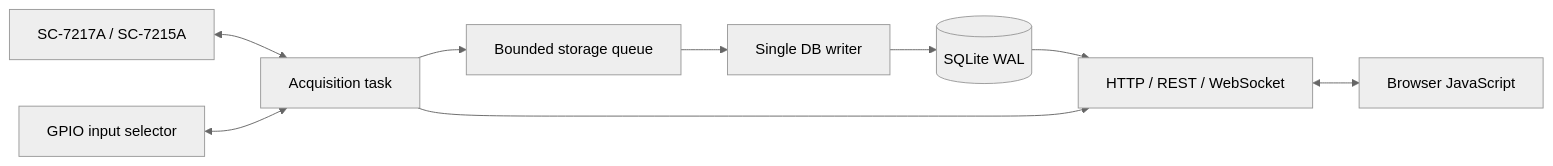
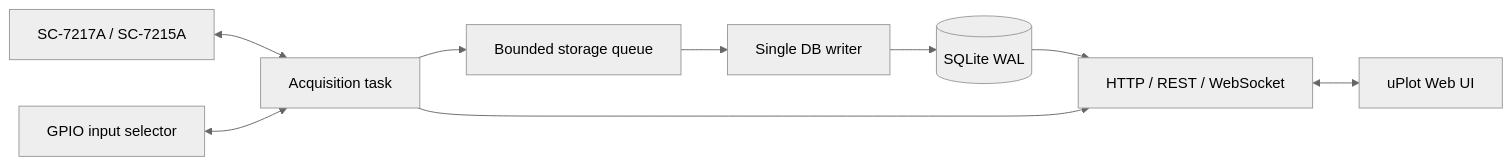
The diagram in README.md (korintje/labori), drawn with Mermaid (neutral theme) before and after one commit. The commit also changed other lines of this file and 9 other files, not shown here.

````diff
--- a/README.md
+++ b/README.md
@@ -125,20 +130,20 @@
 ```mermaid
 flowchart LR
     Counter["SC-7217A / SC-7215A"]
     GPIO["GPIO input selector"]
     Acquisition["Acquisition task"]
     Queue["Bounded storage queue"]
     Writer["Single DB writer"]
     DB[("SQLite WAL")]
     Web["HTTP / REST / WebSocket"]
-    Browser["Browser JavaScript"]
+    Browser["uPlot Web UI"]
 
     Counter <--> Acquisition
     GPIO <--> Acquisition
     Acquisition --> Queue
     Queue --> Writer
     Writer --> DB
     DB --> Web
     Acquisition --> Web
     Web <--> Browser
 ```
````
